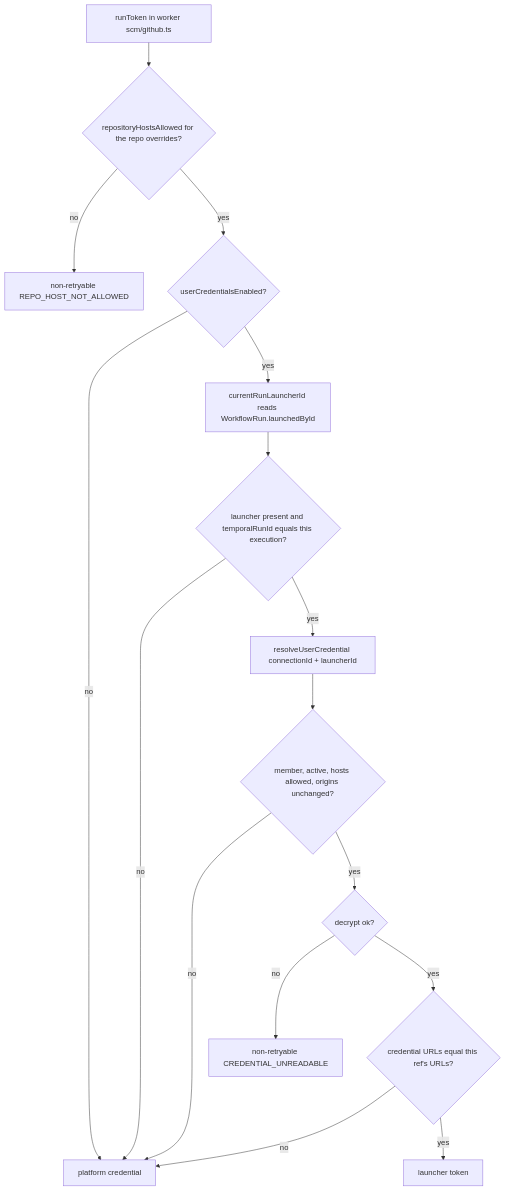
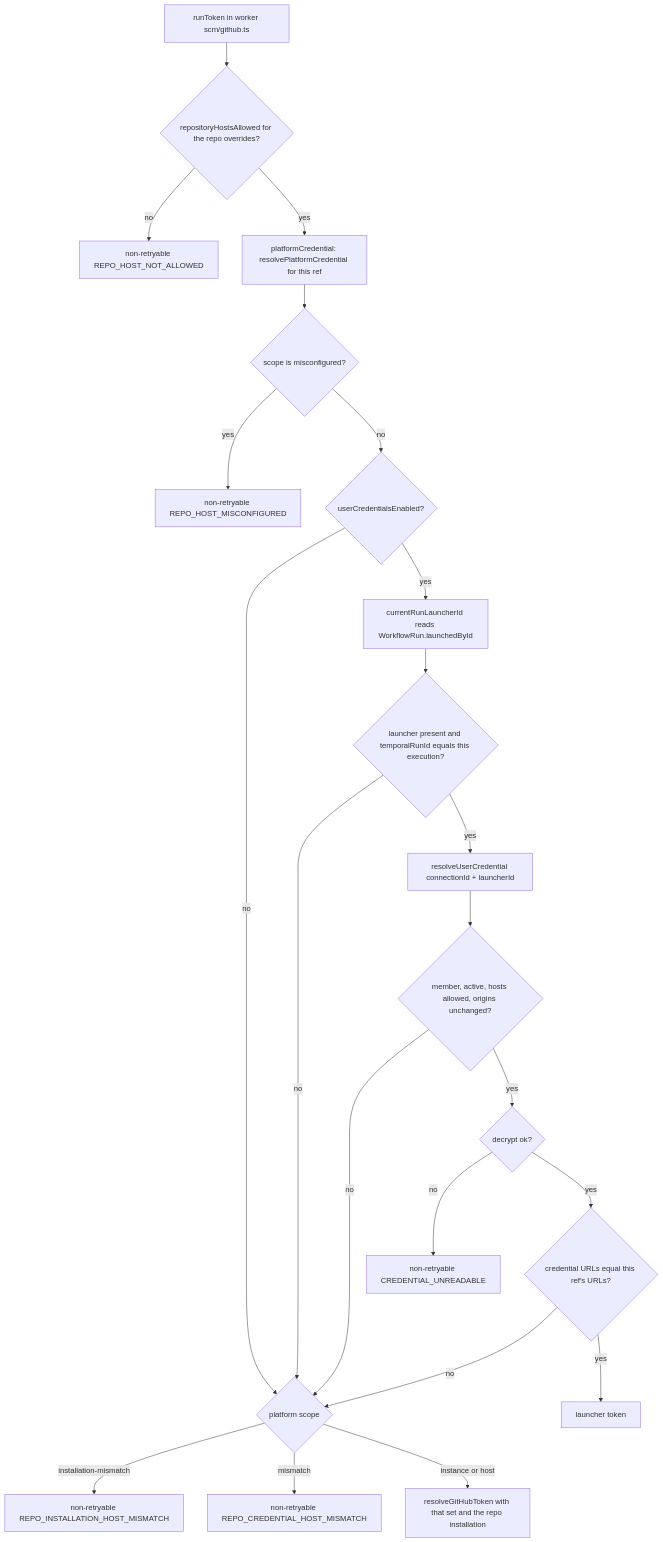
Before and after one commit to yorch/auto-swe: the second of 2 diagrams in wiki/3.4-repository-access-and-credentials.md, drawn with Mermaid. The commit also changed other lines of this file and 28 other files, not shown here.

````diff
--- a/wiki/3.4-repository-access-and-credentials.md
+++ b/wiki/3.4-repository-access-and-credentials.md
@@ -155,18 +189,24 @@
 ```mermaid
 flowchart TD
     S[runToken in worker scm/github.ts] --> H{repositoryHostsAllowed for the repo overrides?}
     H -- no --> F1[non-retryable REPO_HOST_NOT_ALLOWED]
-    H -- yes --> P{userCredentialsEnabled?}
-    P -- no --> PL[platform credential]
+    H -- yes --> K[platformCredential: resolvePlatformCredential for this ref]
+    K --> Z{scope is misconfigured?}
+    Z -- yes --> F2[non-retryable REPO_HOST_MISCONFIGURED]
+    Z -- no --> P{userCredentialsEnabled?}
+    P -- no --> PS
     P -- yes --> L[currentRunLauncherId reads WorkflowRun.launchedById]
     L --> N{launcher present and temporalRunId equals this execution?}
-    N -- no --> PL
+    N -- no --> PS
     N -- yes --> R[resolveUserCredential connectionId + launcherId]
     R --> C{member, active, hosts allowed, origins unchanged?}
-    C -- no --> PL
+    C -- no --> PS
     C -- yes --> D{decrypt ok?}
-    D -- no --> F2[non-retryable CREDENTIAL_UNREADABLE]
+    D -- no --> F3[non-retryable CREDENTIAL_UNREADABLE]
     D -- yes --> M{credential URLs equal this ref's URLs?}
-    M -- no --> PL
+    M -- no --> PS
     M -- yes --> U[launcher token]
+    PS{platform scope} -- installation-mismatch --> F4[non-retryable REPO_INSTALLATION_HOST_MISMATCH]
+    PS -- mismatch --> F5[non-retryable REPO_CREDENTIAL_HOST_MISMATCH]
+    PS -- instance or host --> T[resolveGitHubToken with that set and the repo installation]
 ```
````
